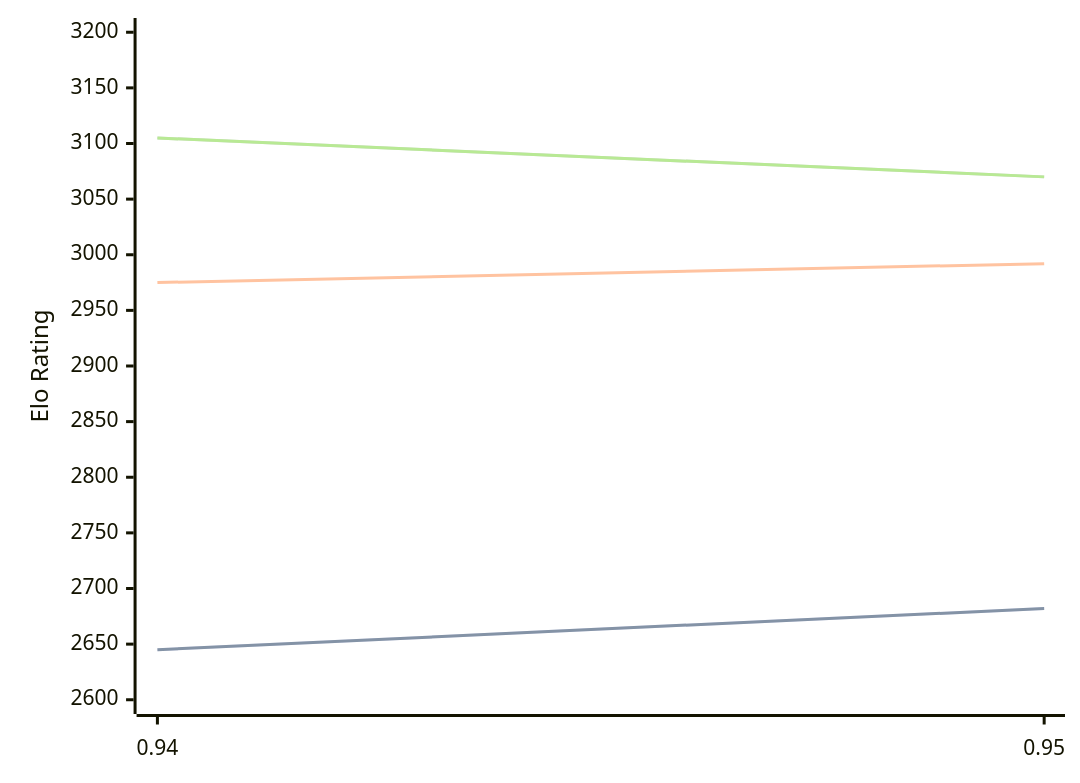
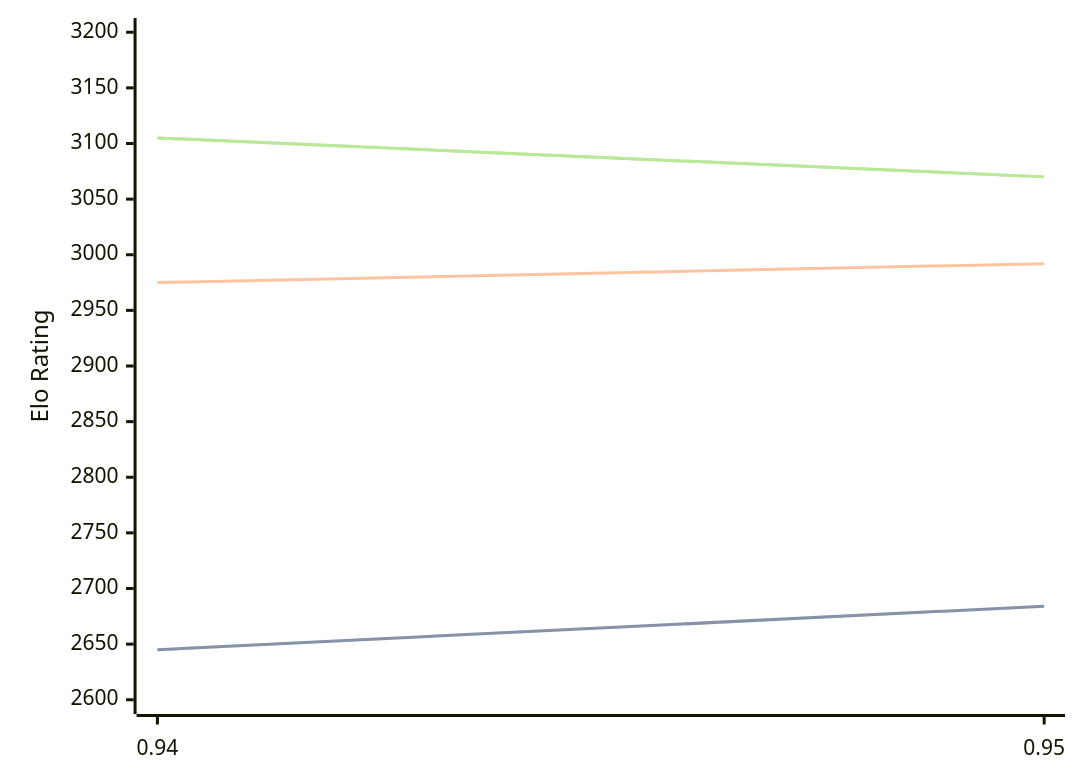
One commit to computer-chess-index/cci changed the diagram in engines/Myrddin.md. Above: the diagram before and after it, drawn with Mermaid. The commit also changed other lines of this file, not shown here.

````diff
--- a/engines/Myrddin.md
+++ b/engines/Myrddin.md
@@ -37,11 +37,11 @@
 ```mermaid
 %%{init: {"theme":"base","themeVariables":{"seriesColors:['#a3a3a3','#222221','#faa371']}}}%%
 xychart-beta
   x-axis ["0.94", "0.95"]
   y-axis "Elo Rating" 2600 --> 3200
-  line "STC (8.0+0.08s)" [2645, 2682]
-  line "STC (8.0+0.08s)" [2645, 2682]
+  line "STC (8.0+0.08s)" [2645, 2684]
+  line "STC (8.0+0.08s)" [2645, 2684]
   line "LTC (60.0+0.60s)" [2975, 2992]
   line "VLTC (2m24s+1.12s)" [3105, 3070]
   line "VLTC (2m24s+1.12s)" [3105, 3070]
 ```
````
